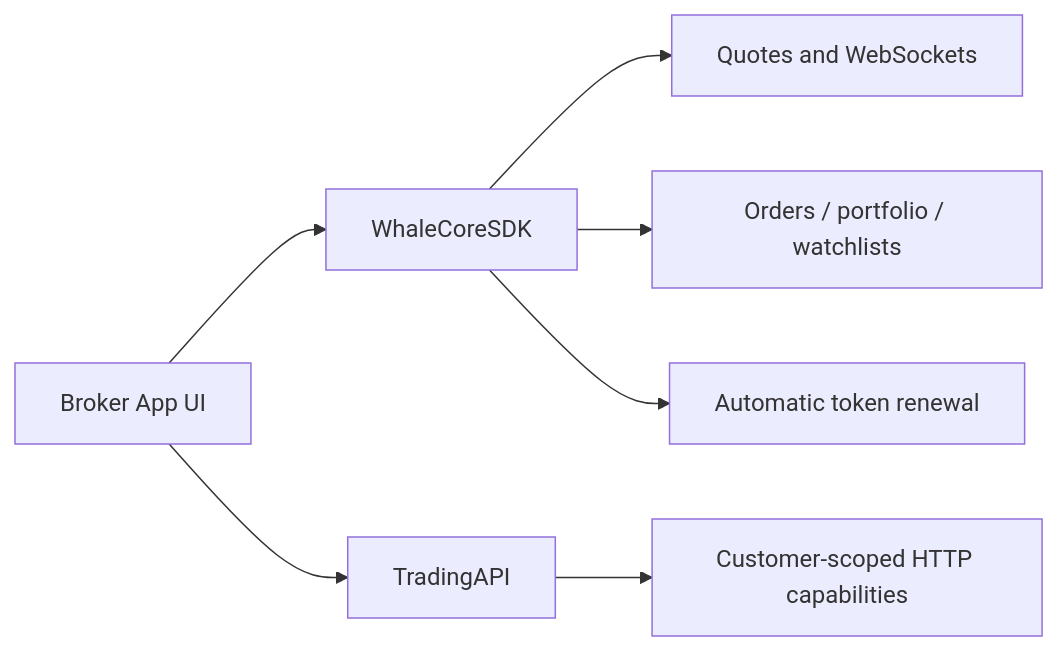
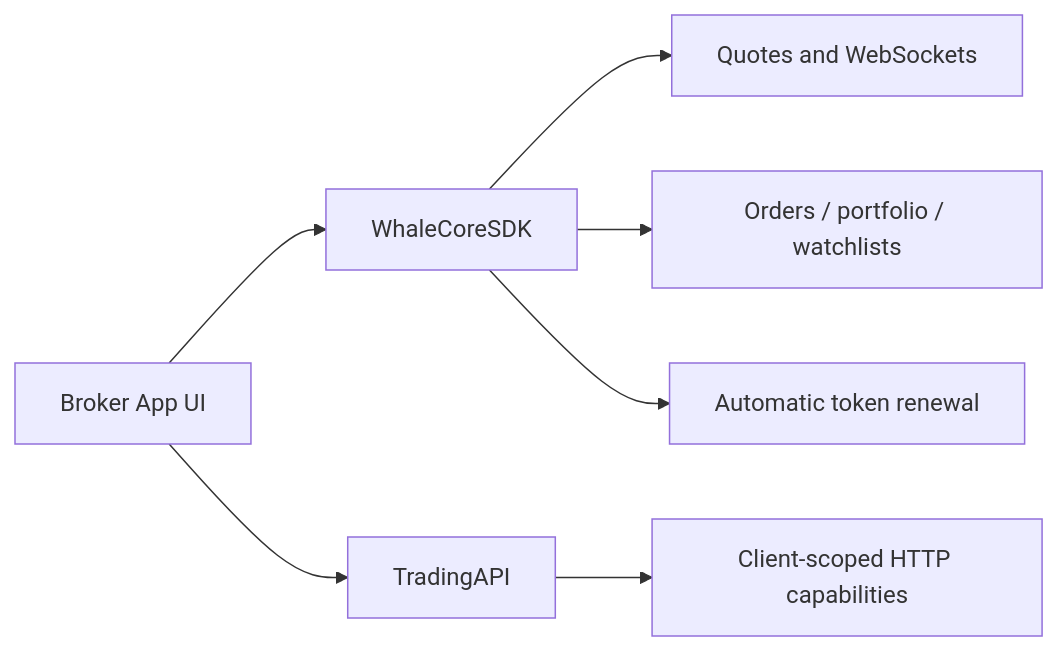
The diagram in docs/en/whalesdk/whalecore/overview.mdx (longbridge/whale-docs), drawn with Mermaid before and after one commit. The commit also changed other lines of this file and 72 other files, not shown here.

First line of the commit message:
docs: rename Customer to Client and scope heading anchors to docs/

````diff
--- a/docs/en/whalesdk/whalecore/overview.mdx
+++ b/docs/en/whalesdk/whalecore/overview.mdx
@@ -33,9 +33,9 @@
 ```mermaid
 flowchart LR
     A[Broker App UI] --> B[WhaleCoreSDK]
     B --> C[Quotes and WebSockets]
     B --> D[Orders / portfolio / watchlists]
     B --> E[Automatic token renewal]
     A --> F[TradingAPI]
-    F --> G[Customer-scoped HTTP capabilities]
+    F --> G[Client-scoped HTTP capabilities]
 ```
````
